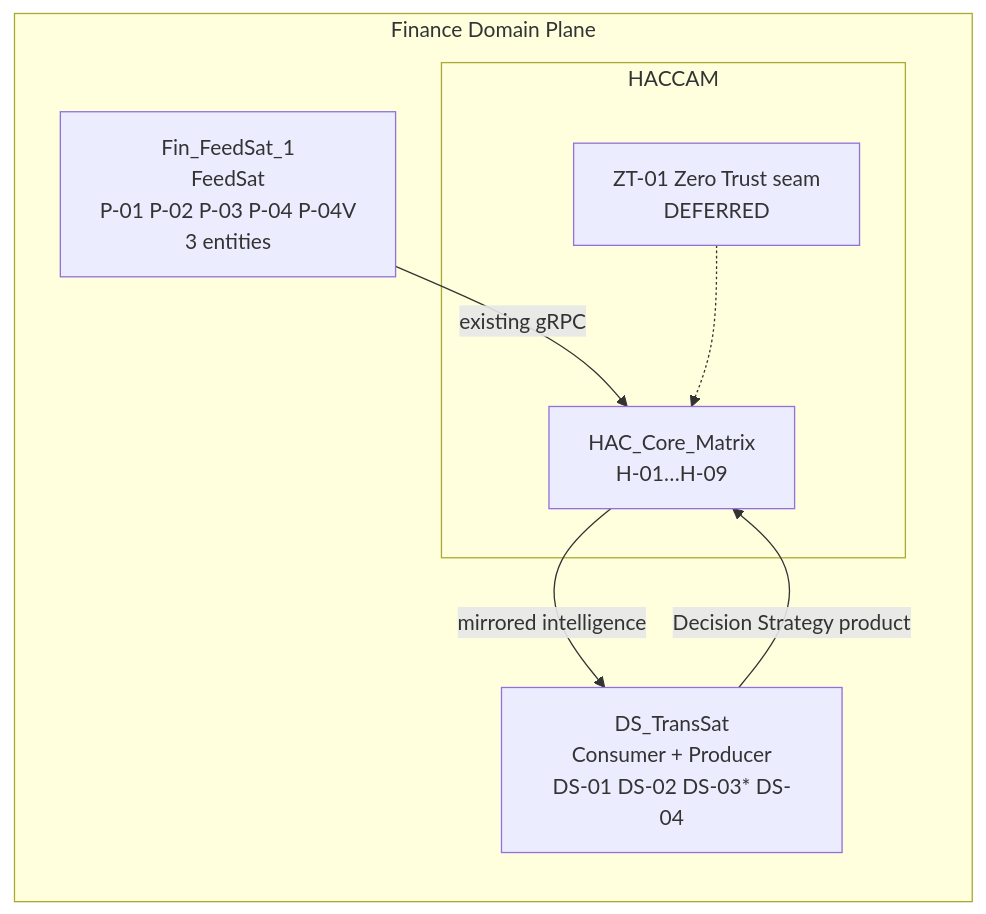
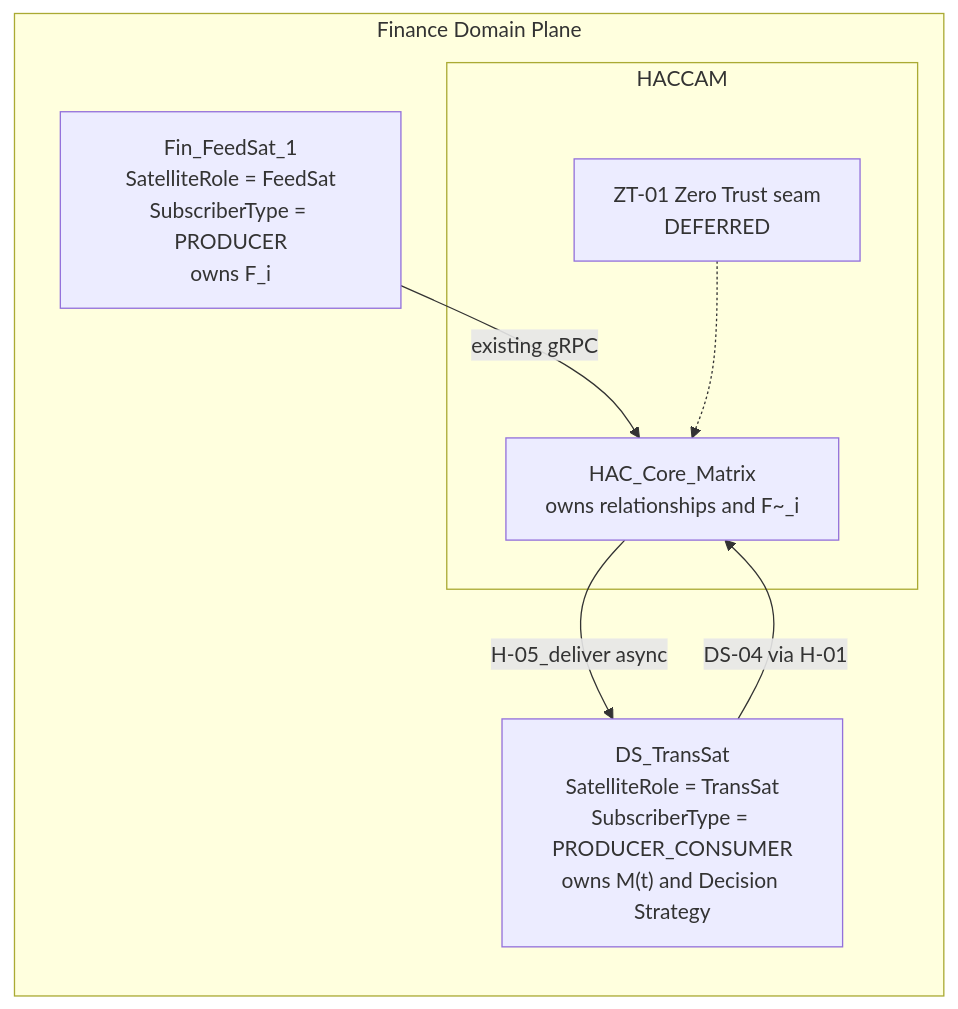
Before and after one commit to srao977/HACCAM: the second of 8 diagrams in docs/design/HACCAM_PROCESS_MODEL_V0_1_090726.md, drawn with Mermaid. The commit also changed other lines of this file, not shown here.

````diff
--- a/docs/design/HACCAM_PROCESS_MODEL_V0_1_090726.md
+++ b/docs/design/HACCAM_PROCESS_MODEL_V0_1_090726.md
@@ -1186,16 +1577,16 @@
 ```mermaid
 flowchart LR
     subgraph PLANE["Finance Domain Plane"]
-        FS["Fin_FeedSat_1<br/>FeedSat<br/>P-01 P-02 P-03 P-04 P-04V<br/>3 entities"]
+        FS["Fin_FeedSat_1<br/>SatelliteRole = FeedSat<br/>SubscriberType = PRODUCER<br/>owns F_i"]
         subgraph HACCAM["HACCAM"]
-            HCM["HAC_Core_Matrix<br/>H-01…H-09"]
+            HCM["HAC_Core_Matrix<br/>owns relationships and F~_i"]
             ZT["ZT-01 Zero Trust seam<br/>DEFERRED"]
         end
-        DS["DS_TransSat<br/>Consumer + Producer<br/>DS-01 DS-02 DS-03* DS-04"]
+        DS["DS_TransSat<br/>SatelliteRole = TransSat<br/>SubscriberType = PRODUCER_CONSUMER<br/>owns M(t) and Decision Strategy"]
     end
 
     FS -->|"existing gRPC"| HCM
-    HCM -->|"mirrored intelligence"| DS
-    DS -->|"Decision Strategy product"| HCM
+    HCM -->|"H-05_deliver async"| DS
+    DS -->|"DS-04 via H-01"| HCM
     ZT -.-> HCM
 ```
````
